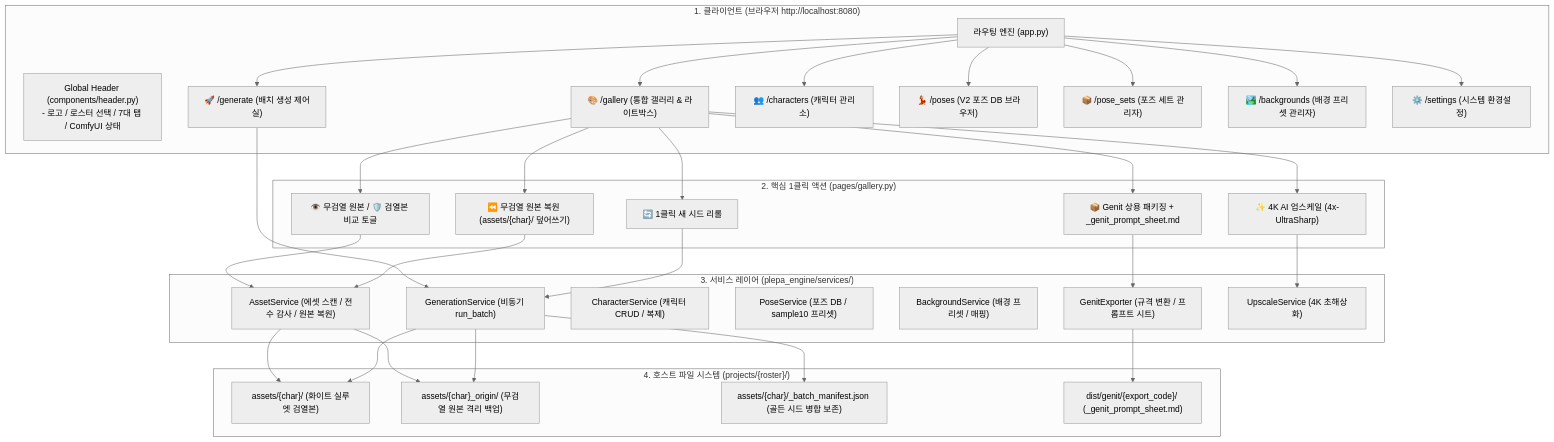
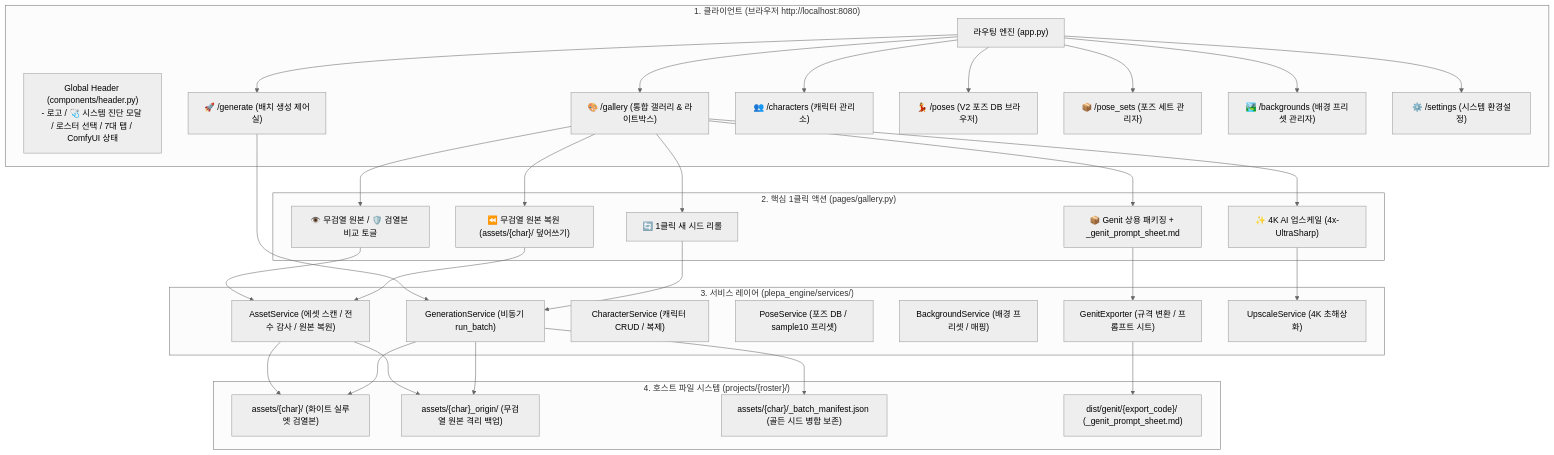
The diagram in docs/GUI_GUIDE.md (LeeKyunHo/plepa), drawn with Mermaid (neutral theme) before and after one commit. The commit also changed other lines of this file and 3 other files, not shown here.

````diff
--- a/docs/GUI_GUIDE.md
+++ b/docs/GUI_GUIDE.md
@@ -13,52 +13,53 @@
 ```mermaid
 flowchart TD
     subgraph Browser["1. 클라이언트 (브라우저 http://localhost:8080)"]
-        Header["Global Header (components/header.py)\n- 로고 / 로스터 선택 / 7대 탭 / ComfyUI 상태"]
+        Header["Global Header (components/header.py)\n- 로고 / 🩺 시스템 진단 모달 / 로스터 선택 / 7대 탭 / ComfyUI 상태"]
         Router["라우팅 엔진 (app.py)"]
         
         P1["🚀 /generate (배치 생성 제어실)"]
         P2["🎨 /gallery (통합 갤러리 & 라이트박스)"]
         P3["👥 /characters (캐릭터 관리소)"]
         P4["💃 /poses (V2 포즈 DB 브라우저)"]
         P5["📦 /pose_sets (포즈 세트 관리자)"]
         P6["🏞️ /backgrounds (배경 프리셋 관리자)"]
         P7["⚙️ /settings (시스템 환경설정)"]
     end
+
 
     subgraph Actions["2. 핵심 1클릭 액션 (pages/gallery.py)"]
         ActReroll["🔄 1클릭 새 시드 리롤"]
         ActToggle["👁️ 무검열 원본 / 🛡️ 검열본 비교 토글"]
         ActRestore["⏪ 무검열 원본 복원 (assets/{char}/ 덮어쓰기)"]
         ActGenit["📦 Genit 상용 패키징 + _genit_prompt_sheet.md"]
         Act4K["✨ 4K AI 업스케일 (4x-UltraSharp)"]
     end
 
     subgraph ServiceLayer["3. 서비스 레이어 (plepa_engine/services/)"]
         GenSvc["GenerationService (비동기 run_batch)"]
         AssetSvc["AssetService (에셋 스캔 / 전수 감사 / 원본 복원)"]
         CharSvc["CharacterService (캐릭터 CRUD / 복제)"]
         PoseSvc["PoseService (포즈 DB / sample10 프리셋)"]
         BgSvc["BackgroundService (배경 프리셋 / 매핑)"]
         GenitSvc["GenitExporter (규격 변환 / 프롬프트 시트)"]
         UpscaleSvc["UpscaleService (4K 초해상화)"]
     end
 
     subgraph HostPC["4. 호스트 파일 시스템 (projects/{roster}/)"]
         Assets["assets/{char}/ (화이트 실루엣 검열본)"]
         OriginAssets["assets/{char}_origin/ (무검열 원본 격리 백업)"]
         Manifest["assets/{char}/_batch_manifest.json (골든 시드 병합 보존)"]
         DistGenit["dist/genit/{export_code}/ (_genit_prompt_sheet.md)"]
     end
 
     Router --> P1 & P2 & P3 & P4 & P5 & P6 & P7
     P1 --> GenSvc
     P2 --> ActReroll & ActToggle & ActRestore & ActGenit & Act4K
     ActReroll --> GenSvc
     ActToggle & ActRestore --> AssetSvc
     ActGenit --> GenitSvc
     Act4K --> UpscaleSvc
     
     AssetSvc --> Assets & OriginAssets
     GenSvc --> Assets & OriginAssets & Manifest
     GenitSvc --> DistGenit
 ```
````
